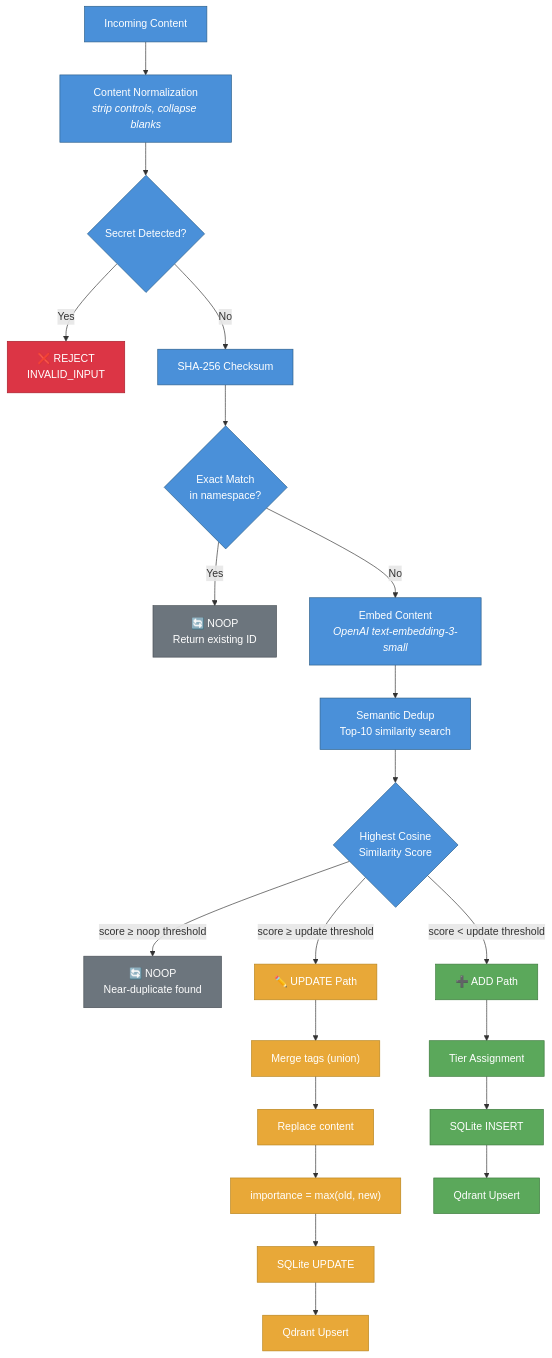
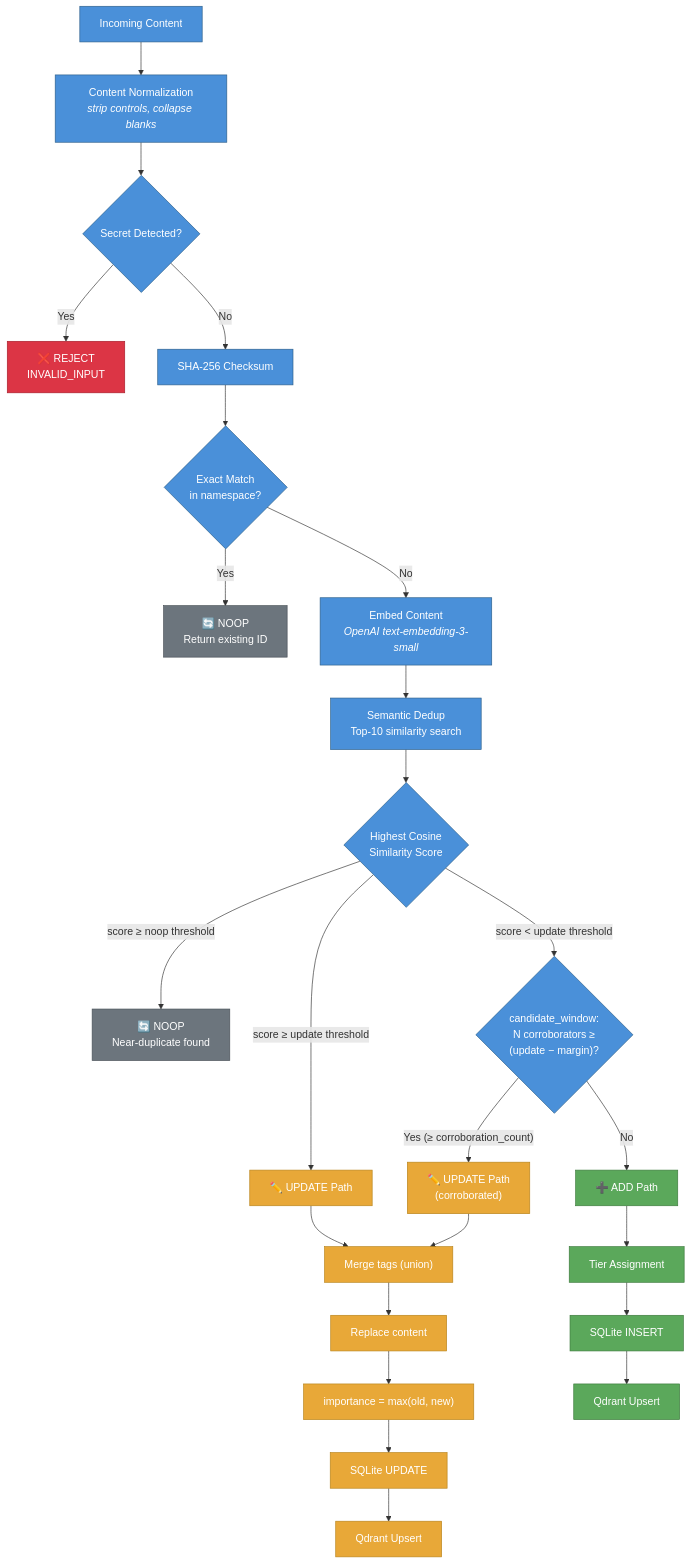
Before and after one commit to Big-Hat-Group-Inc/BHGBrain: the sixth of 8 diagrams in README.de.md, drawn with Mermaid. The commit also changed other lines of this file and 9 other files, not shown here.

````diff
--- a/README.de.md
+++ b/README.de.md
@@ -1181,37 +1194,40 @@
 ```mermaid
 flowchart TD
     A["Incoming Content"] --> B["Content Normalization<br/><i>strip controls, collapse blanks</i>"]
     B --> C{"Secret Detected?"}
     C -->|Yes| REJECT["❌ REJECT<br/>INVALID_INPUT"]
     C -->|No| D["SHA-256 Checksum"]
     D --> E{"Exact Match<br/>in namespace?"}
     E -->|Yes| NOOP1["🔄 NOOP<br/>Return existing ID"]
     E -->|No| F["Embed Content<br/><i>OpenAI text-embedding-3-small</i>"]
     F --> G["Semantic Dedup<br/>Top-10 similarity search"]
     G --> H{"Highest Cosine<br/>Similarity Score"}
     H -->|"score ≥ noop threshold"| NOOP2["🔄 NOOP<br/>Near-duplicate found"]
     H -->|"score ≥ update threshold"| UPD["✏️ UPDATE Path"]
-    H -->|"score < update threshold"| ADD["➕ ADD Path"]
+    H -->|"score < update threshold"| WIN{"candidate_window:<br/>N corroborators ≥<br/>(update − margin)?"}
+    WIN -->|"Yes (≥ corroboration_count)"| CORR["✏️ UPDATE Path<br/>(corroborated)"]
+    WIN -->|"No"| ADD["➕ ADD Path"]
 
     UPD --> U1["Merge tags (union)"]
+    CORR --> U1
     U1 --> U2["Replace content"]
     U2 --> U3["importance = max(old, new)"]
     U3 --> U4["SQLite UPDATE"]
     U4 --> U5["Qdrant Upsert"]
 
     ADD --> A1["Tier Assignment"]
     A1 --> A2["SQLite INSERT"]
     A2 --> A3["Qdrant Upsert"]
 
     classDef reject fill:#dc3545,stroke:#a71d2a,color:#fff
     classDef noop fill:#6c757d,stroke:#495057,color:#fff
     classDef update fill:#e8a838,stroke:#b8841c,color:#fff
     classDef add fill:#5ba85b,stroke:#3d7a3d,color:#fff
     classDef process fill:#4a90d9,stroke:#2c5f8a,color:#fff
 
     class REJECT reject
     class NOOP1,NOOP2 noop
-    class UPD,U1,U2,U3,U4,U5 update
+    class UPD,CORR,U1,U2,U3,U4,U5 update
     class ADD,A1,A2,A3 add
-    class A,B,C,D,E,F,G,H process
+    class A,B,C,D,E,F,G,H,WIN process
 ```
````
